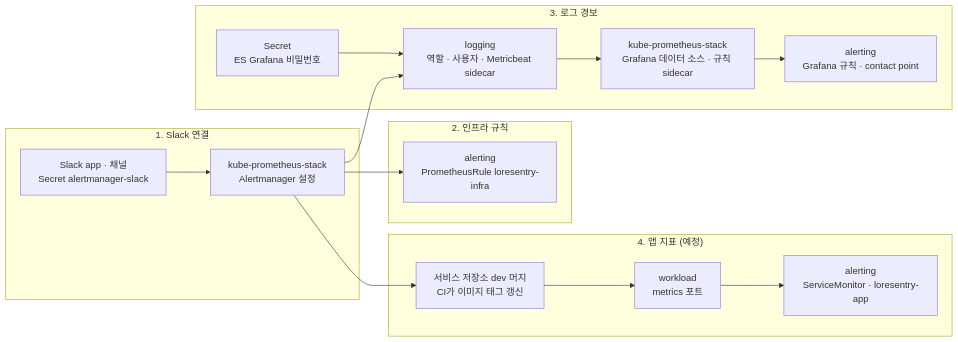
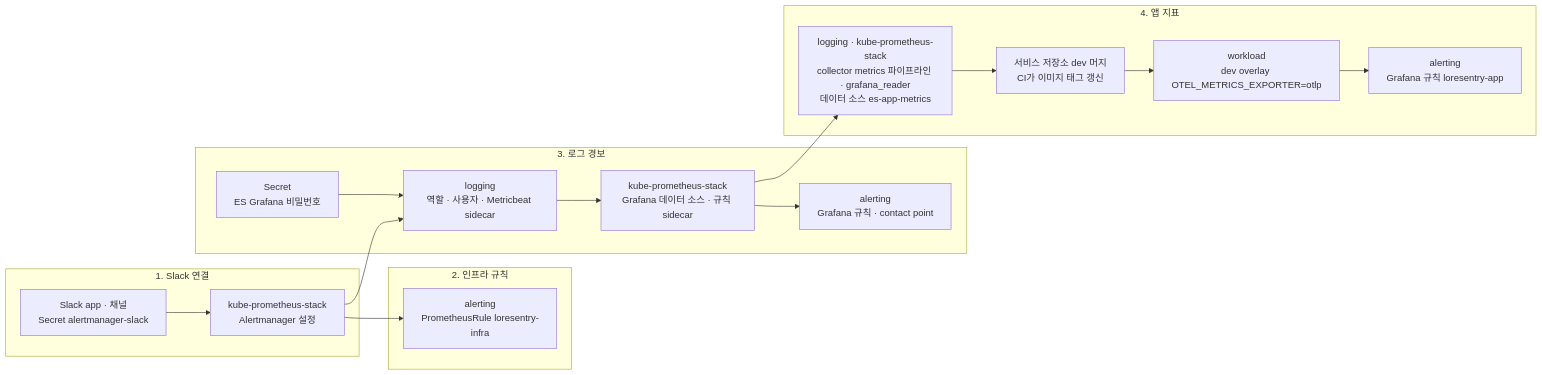
The tenth of 10 diagrams in ALERTING_ARCHITECTURE.md (soma-lorekeeper/docs), drawn with Mermaid before and after one commit. The commit also changed other lines of this file and 5 other files, not shown here.

First line of the commit message:
Bring the other docs in line with the live app metrics

````diff
--- a/ALERTING_ARCHITECTURE.md
+++ b/ALERTING_ARCHITECTURE.md
@@ -376,21 +388,22 @@
 ```mermaid
 flowchart LR
   subgraph ST1["1. Slack 연결"]
     S1["Slack app · 채널<br/>Secret alertmanager-slack"] --> A1["kube-prometheus-stack<br/>Alertmanager 설정"]
   end
   subgraph ST2["2. 인프라 규칙"]
     R1["alerting<br/>PrometheusRule loresentry-infra"]
   end
   subgraph ST3["3. 로그 경보"]
     E0["Secret<br/>ES Grafana 비밀번호"] --> E1["logging<br/>역할 · 사용자 · Metricbeat sidecar"]
     E1 --> G1["kube-prometheus-stack<br/>Grafana 데이터 소스 · 규칙 sidecar"]
     G1 --> G2["alerting<br/>Grafana 규칙 · contact point"]
   end
-  subgraph ST4["4. 앱 지표 (예정)"]
-    M1["서비스 저장소 dev 머지<br/>CI가 이미지 태그 갱신"] --> M2["workload<br/>metrics 포트"]
-    M2 --> M3["alerting<br/>ServiceMonitor · loresentry-app"]
+  subgraph ST4["4. 앱 지표"]
+    M0["logging · kube-prometheus-stack<br/>collector metrics 파이프라인 · grafana_reader<br/>데이터 소스 es-app-metrics"] --> M1["서비스 저장소 dev 머지<br/>CI가 이미지 태그 갱신"]
+    M1 --> M2["workload<br/>dev overlay OTEL_METRICS_EXPORTER=otlp"]
+    M2 --> M3["alerting<br/>Grafana 규칙 loresentry-app"]
   end
   A1 --> R1
   A1 --> E1
-  A1 --> M1
+  G1 --> M0
 ```
````
